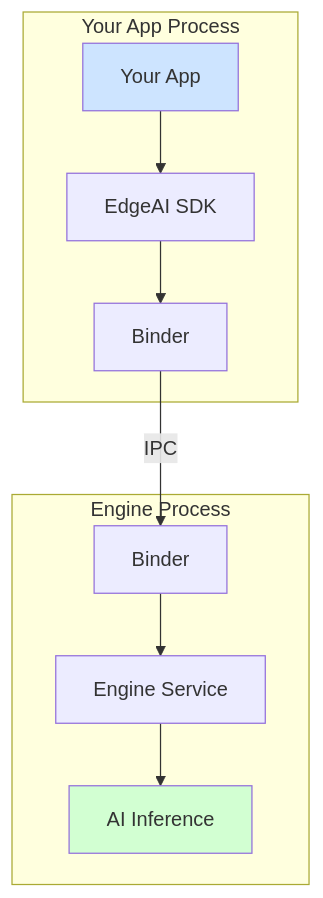
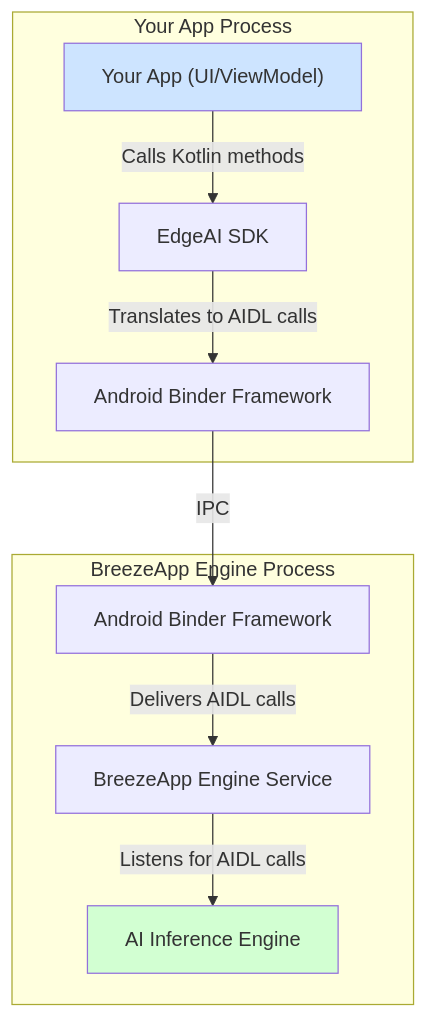
The diagram in android/EdgeAI/docs/maintainers/architecture.md (mtkresearch/BreezeApp-engine), drawn with Mermaid before and after one commit. The commit also changed 17 other files, not shown here.

````diff
--- a/android/EdgeAI/docs/maintainers/architecture.md
+++ b/android/EdgeAI/docs/maintainers/architecture.md
@@ -17,17 +17,17 @@
 ```mermaid
 graph TD
     subgraph "Your App Process"
-        A["Your App"] --> B["EdgeAI SDK"];
-        B --> C["Binder"];
+        A["Your App (UI/ViewModel)"] -- "Calls Kotlin methods" --> B["EdgeAI SDK"];
+        B -- "Translates to AIDL calls" --> C["Android Binder Framework"];
     end
     
-    subgraph "Engine Process"
-        D["Binder"] --> E["Engine Service"];
-        E --> F["AI Inference"];
+    subgraph "BreezeApp Engine Process"
+        E["BreezeApp Engine Service"] -- "Listens for AIDL calls" --> F["AI Inference Engine"];
+        D["Android Binder Framework"] -- "Delivers AIDL calls" --> E;
     end
     
     C -- "IPC" --> D;
     
     style A fill:#cde4ff
     style F fill:#d2ffd2
 ```
````
